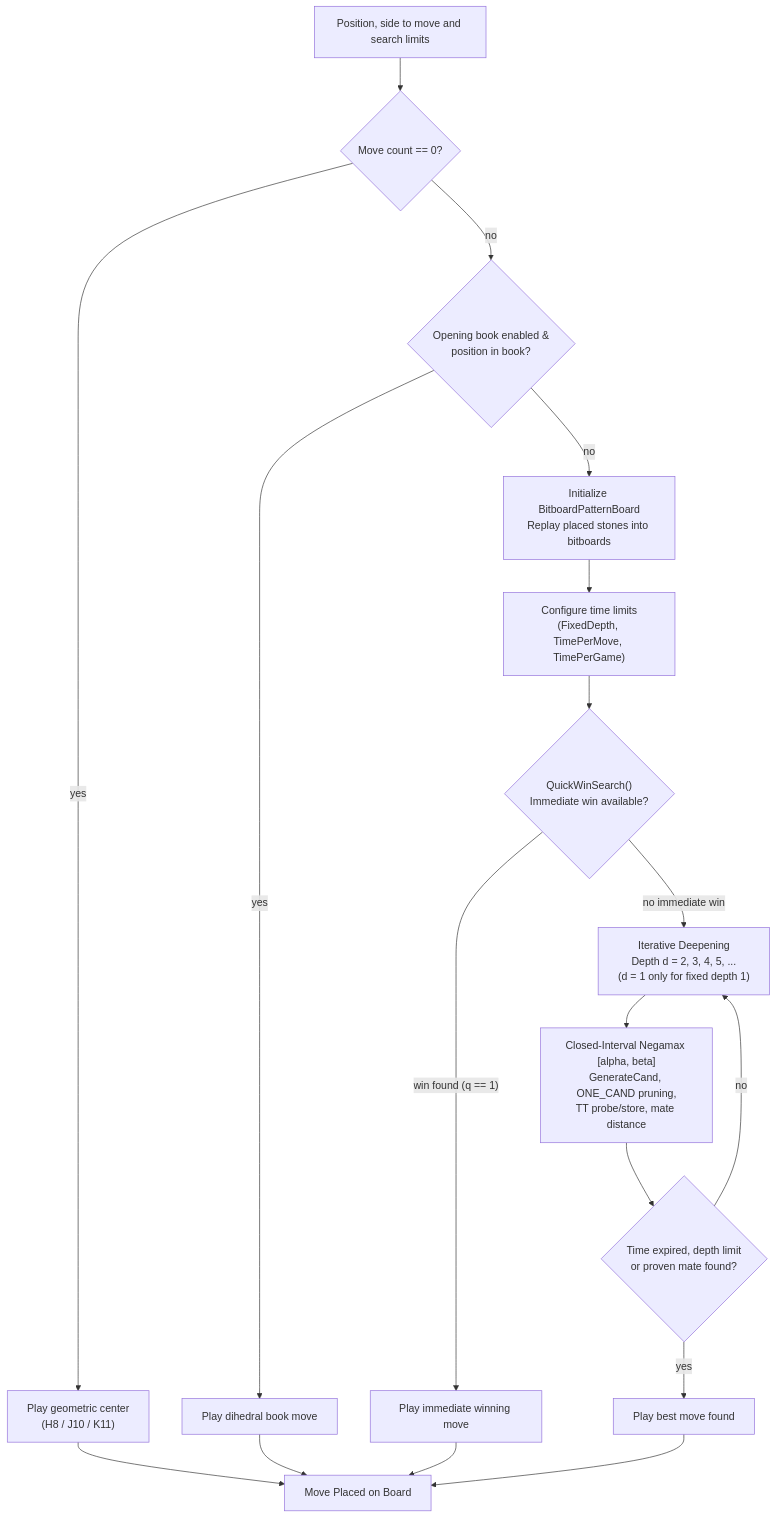
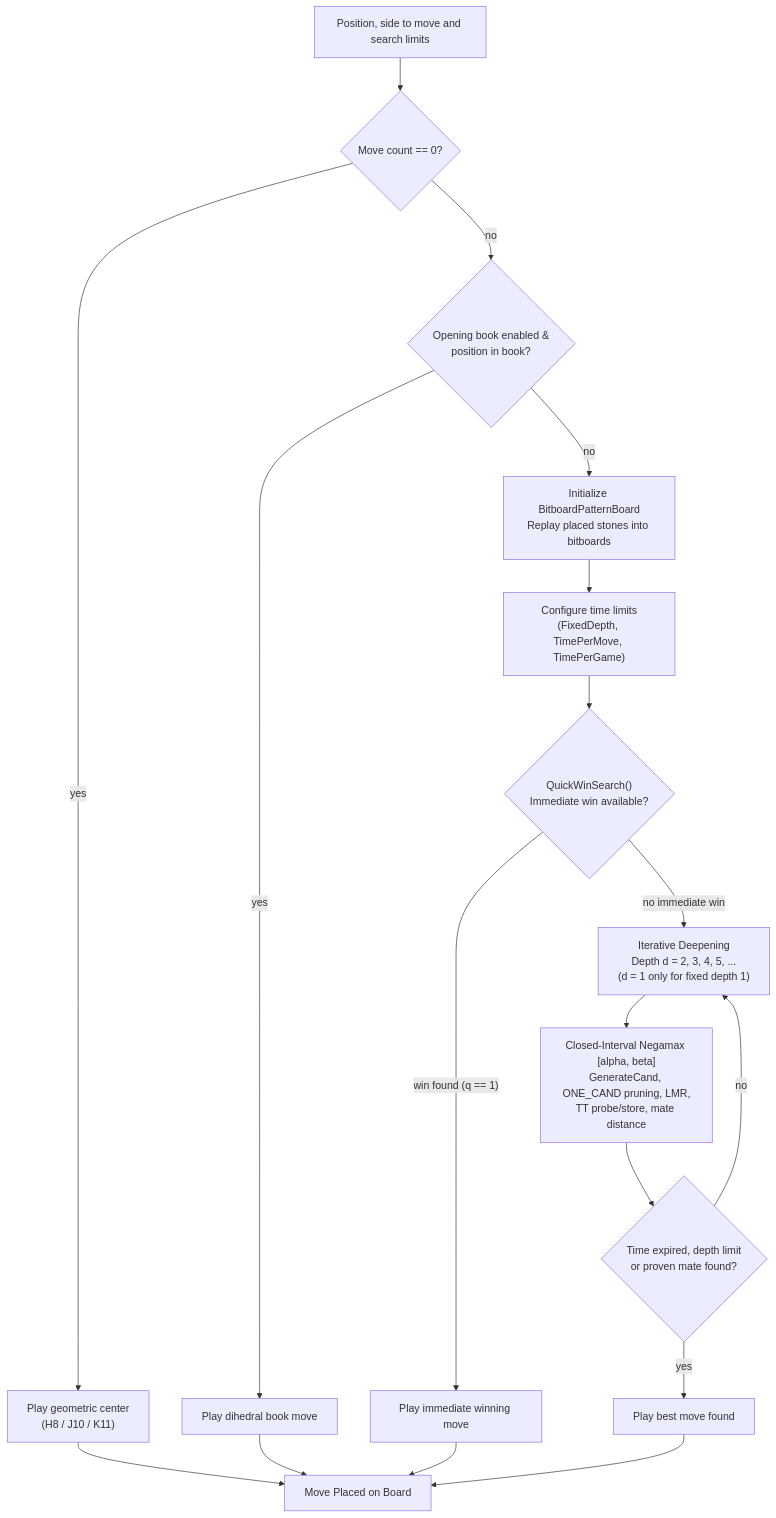
One commit to cjp-dev/Gomoku changed the first of 2 diagrams in docs/brain/README.md. Above: the diagram before and after it, drawn with Mermaid. The commit also changed other lines of this file and 17 other files, not shown here.

````diff
--- a/docs/brain/README.md
+++ b/docs/brain/README.md
@@ -22,20 +22,20 @@
 ```mermaid
 flowchart TD
     Start["Position, side to move and search limits"] --> Opening{"Move count == 0?"}
     Opening -- "yes" --> Center["Play geometric center<br/>(H8 / J10 / K11)"]
     Opening -- "no" --> BookCheck{"Opening book enabled &amp;<br/>position in book?"}
     BookCheck -- "yes" --> BookMove["Play dihedral book move"]
     BookCheck -- "no" --> Init["Initialize BitboardPatternBoard<br/>Replay placed stones into bitboards"]
     Init --> Limits["Configure time limits<br/>(FixedDepth, TimePerMove, TimePerGame)"]
     Limits --> VCF{"QuickWinSearch()<br/>Immediate win available?"}
     VCF -- "win found (q == 1)" --> PlayWin["Play immediate winning move"]
     VCF -- "no immediate win" --> Iter["Iterative Deepening<br/>Depth d = 2, 3, 4, 5, ...<br/>(d = 1 only for fixed depth 1)"]
-    Iter --> Search["Closed-Interval Negamax [alpha, beta]<br/>GenerateCand, ONE_CAND pruning,<br/>TT probe/store, mate distance"]
+    Iter --> Search["Closed-Interval Negamax [alpha, beta]<br/>GenerateCand, ONE_CAND pruning, LMR,<br/>TT probe/store, mate distance"]
     Search --> TimeCheck{"Time expired, depth limit<br/>or proven mate found?"}
     TimeCheck -- "no" --> Iter
     TimeCheck -- "yes" --> Best["Play best move found"]
     Center --> Done["Move Placed on Board"]
     BookMove --> Done
     PlayWin --> Done
     Best --> Done
 ```
````
